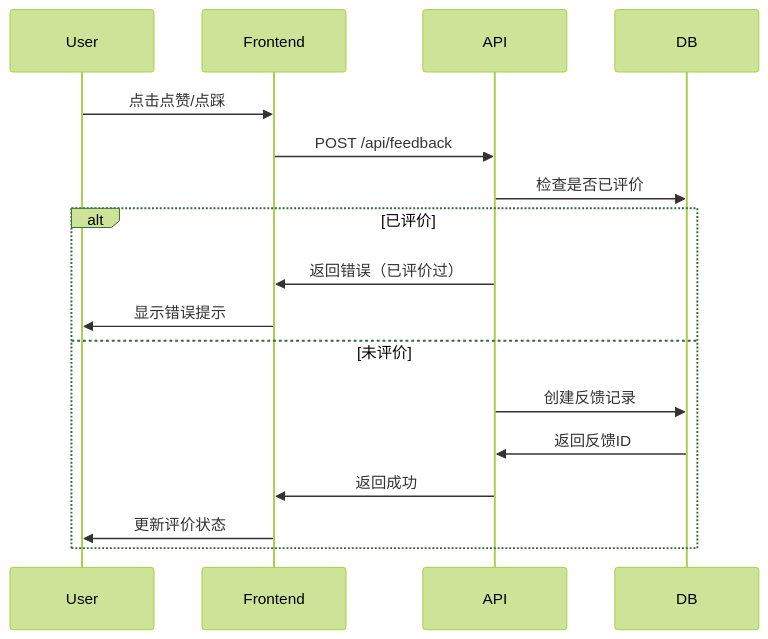
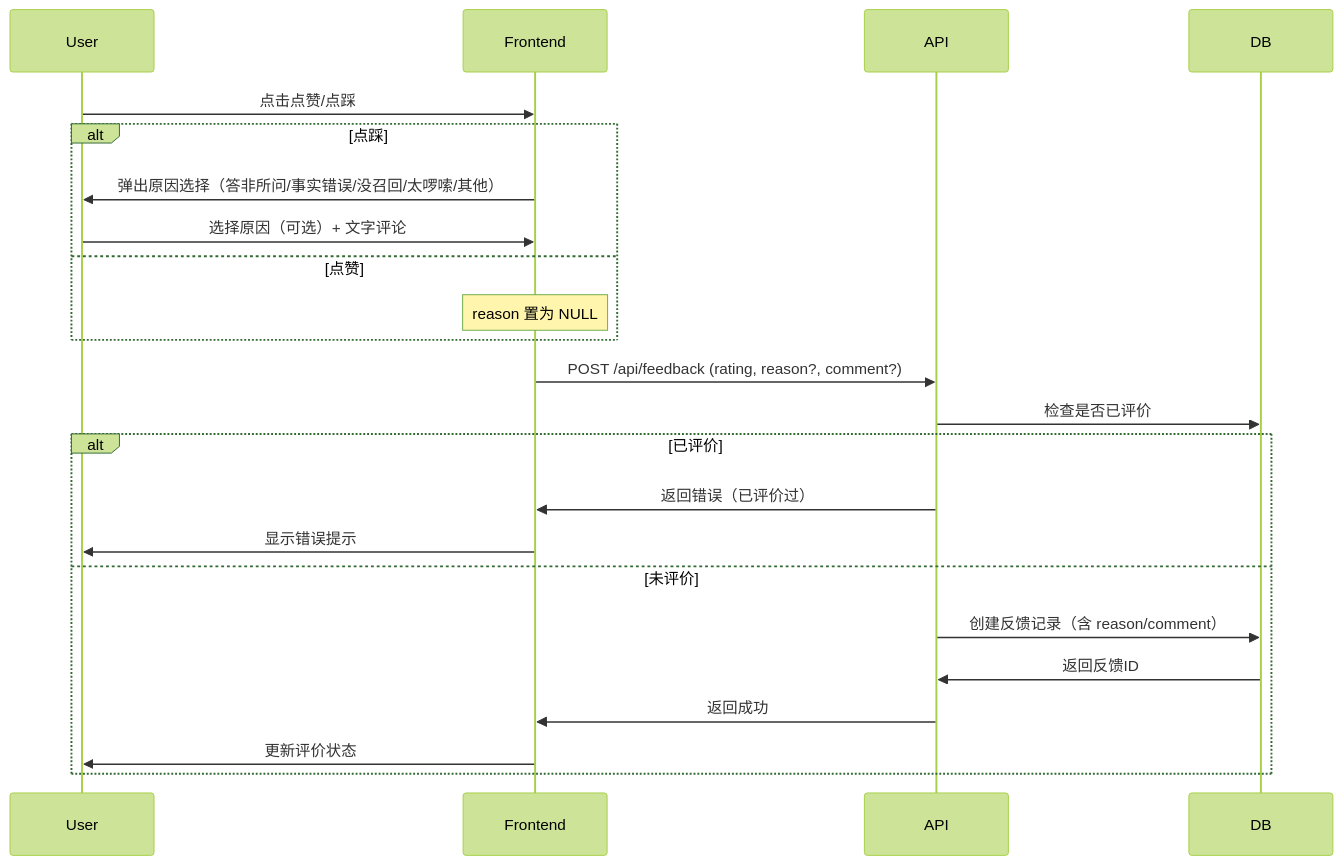
Before and after one commit to caolufeng994/ai-customer-service: the seventh of 11 diagrams in docs/业务流程说明.md, drawn with Mermaid (forest theme). The commit also changed other lines of this file and 27 other files, not shown here.

````diff
--- a/docs/业务流程说明.md
+++ b/docs/业务流程说明.md
@@ -276,20 +276,26 @@
 ```mermaid
 sequenceDiagram
     participant User
     participant Frontend
     participant API
     participant DB
 
     User->>Frontend: 点击点赞/点踩
-    Frontend->>API: POST /api/feedback
+    alt 点踩
+        Frontend->>User: 弹出原因选择（答非所问/事实错误/没召回/太啰嗦/其他）
+        User->>Frontend: 选择原因（可选）+ 文字评论
+    else 点赞
+        Note over Frontend: reason 置为 NULL
+    end
+    Frontend->>API: POST /api/feedback (rating, reason?, comment?)
     API->>DB: 检查是否已评价
     alt 已评价
         API->>Frontend: 返回错误（已评价过）
         Frontend->>User: 显示错误提示
     else 未评价
-        API->>DB: 创建反馈记录
+        API->>DB: 创建反馈记录（含 reason/comment）
         DB->>API: 返回反馈ID
         API->>Frontend: 返回成功
         Frontend->>User: 更新评价状态
     end
 ```
````
